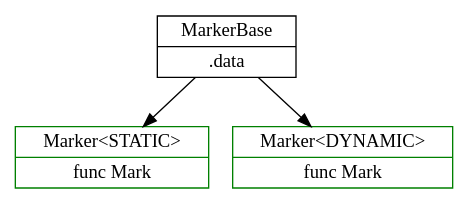
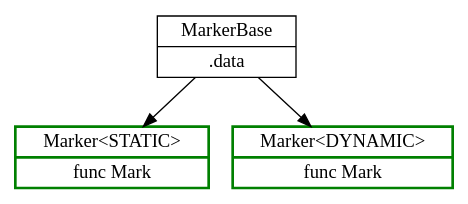
One commit to kp2pml30/bachelor-thesis changed the diagram in res/dot/marker_was.dot. Above: the diagram before and after it, drawn with Graphviz. The commit also changed 5 other files, not shown here.

```diff
--- a/res/dot/marker_was.dot
+++ b/res/dot/marker_was.dot
@@ -1,8 +1,8 @@
 digraph G {
 	node [shape="record"];
 	base [label="{MarkerBase|.data}"];
-	markers [label="{Marker&lt;STATIC&gt;|func Mark}", color=green];
-	markerd [label="{Marker&lt;DYNAMIC&gt;|func Mark}", color=green];
+	markers [label="{Marker&lt;STATIC&gt;|func Mark}", color=green, penwidth=2];
+	markerd [label="{Marker&lt;DYNAMIC&gt;|func Mark}", color=green, penwidth=2];
 	base -> markers;
 	base -> markerd;
 }
```
